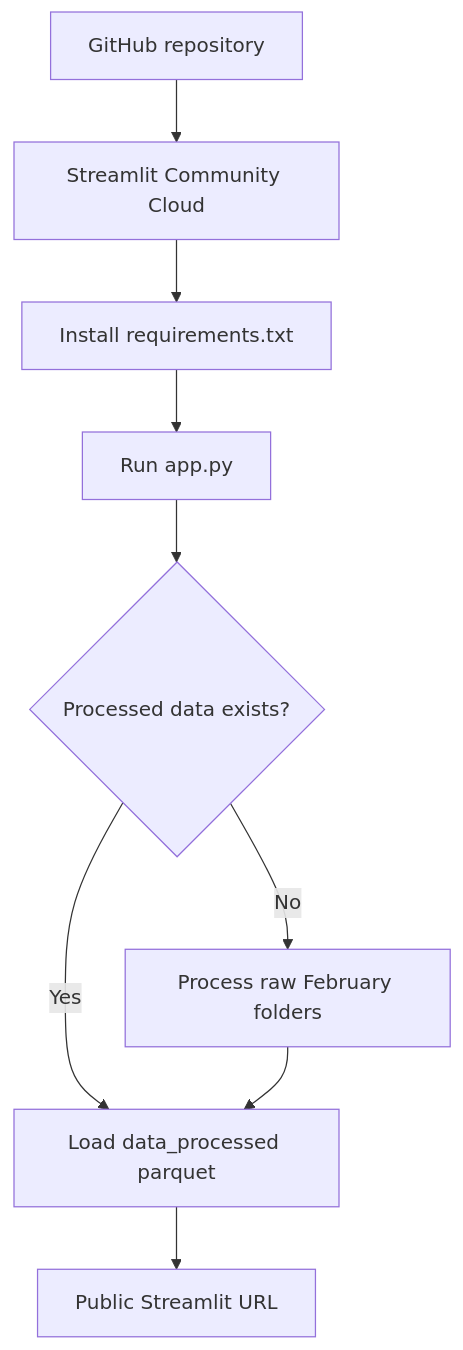
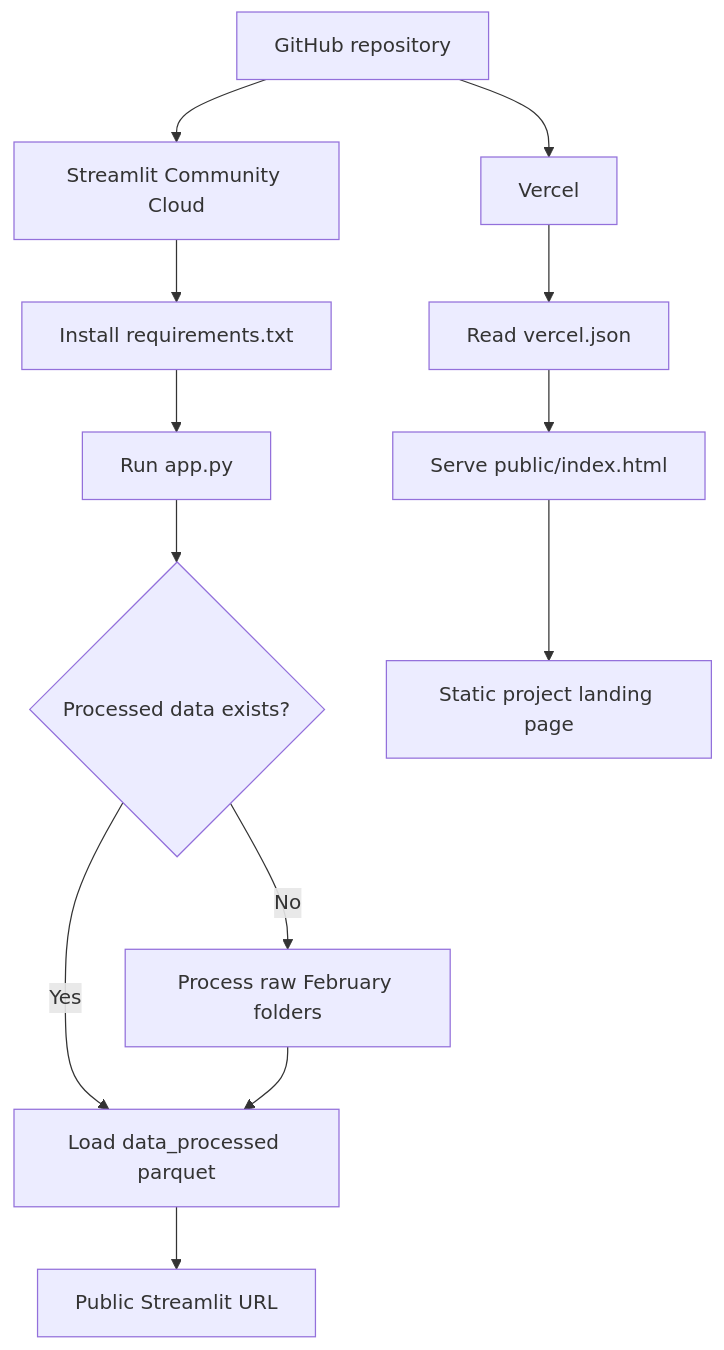
The third of 3 diagrams in SYSTEM_DESIGN.md (DEEKSHAPAL/lila_product-assignment), drawn with Mermaid before and after one commit. The commit also changed other lines of this file and 8 other files, not shown here.

Commit message:
Add Vercel landing deployment config

````diff
--- a/SYSTEM_DESIGN.md
+++ b/SYSTEM_DESIGN.md
@@ -107,11 +107,15 @@
 ```mermaid
 flowchart TD
     A[GitHub repository] --> B[Streamlit Community Cloud]
+    A --> V[Vercel]
     B --> C[Install requirements.txt]
     C --> D[Run app.py]
     D --> E{Processed data exists?}
     E -->|Yes| F[Load data_processed parquet]
     E -->|No| G[Process raw February folders]
     G --> F
     F --> H[Public Streamlit URL]
+    V --> I[Read vercel.json]
+    I --> J[Serve public/index.html]
+    J --> K[Static project landing page]
 ```
````
